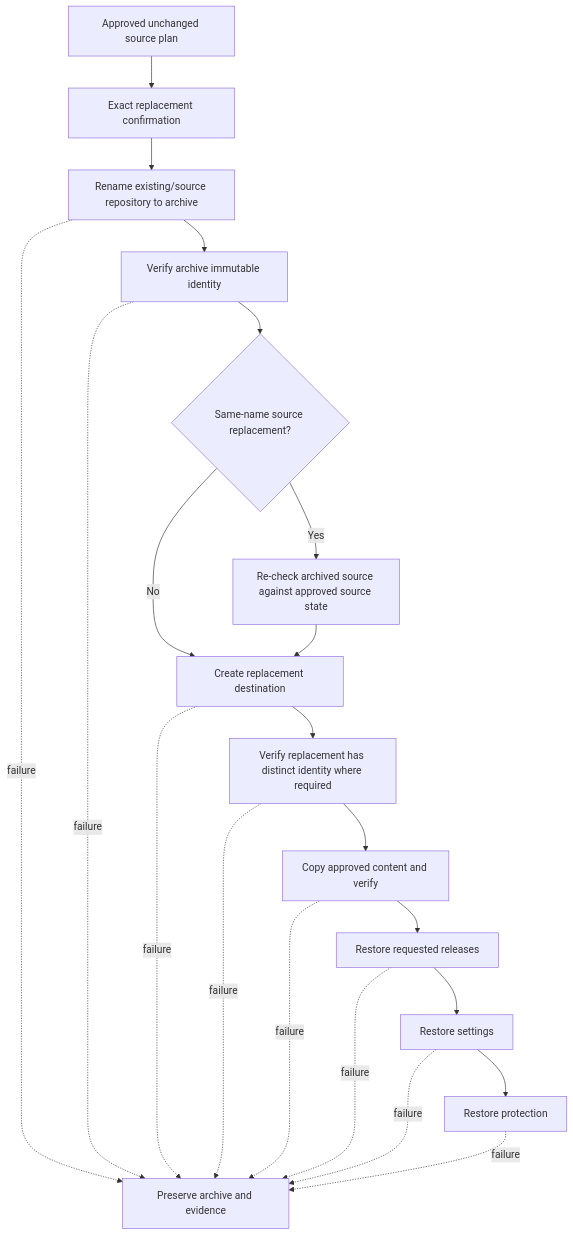
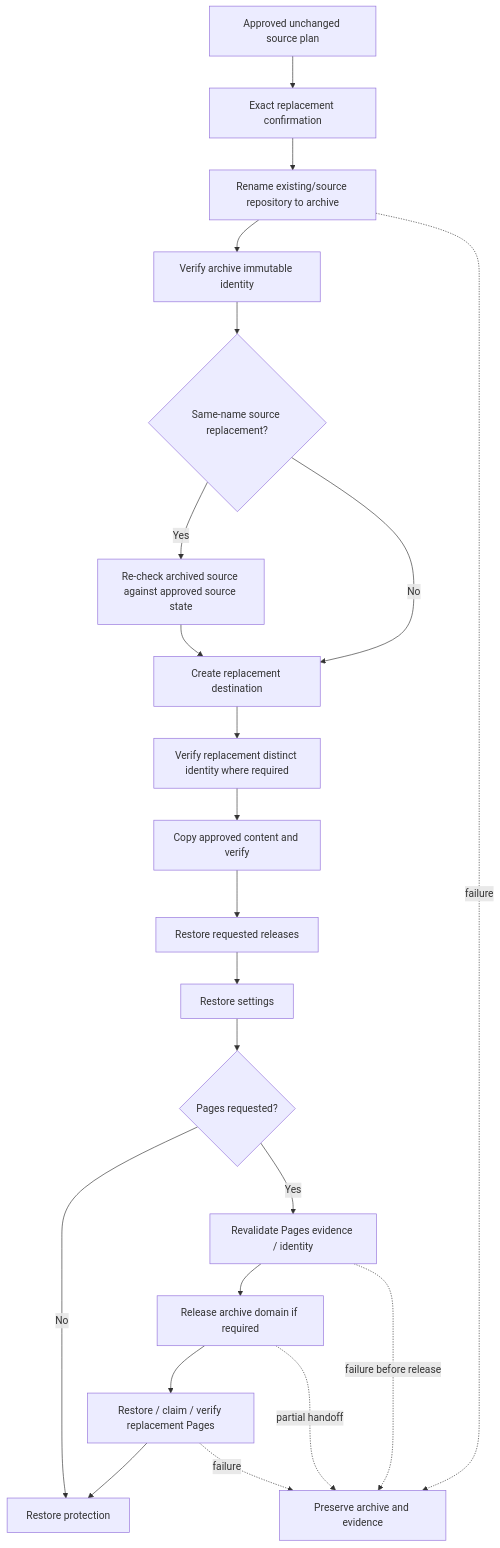
One commit to infoconex/copy-github-repo changed the third of 3 diagrams in docs/product/architecture.md. Above: the diagram before and after it, drawn with Mermaid. The commit also changed other lines of this file and 61 other files, not shown here.

First line of the commit message:
release: integrate 0.4.0 GitHub Pages migration (#128)

````diff
--- a/docs/product/architecture.md
+++ b/docs/product/architecture.md
@@ -179,24 +218,25 @@
 ```mermaid
 flowchart TD
     A[Approved unchanged source plan] --> B[Exact replacement confirmation]
     B --> C[Rename existing/source repository to archive]
     C --> D[Verify archive immutable identity]
     D --> E{Same-name source replacement?}
     E -- Yes --> F[Re-check archived source against approved source state]
     E -- No --> G[Create replacement destination]
     F --> G
-    G --> H[Verify replacement has distinct identity where required]
+    G --> H[Verify replacement distinct identity where required]
     H --> I[Copy approved content and verify]
     I --> J[Restore requested releases]
     J --> K[Restore settings]
-    K --> L[Restore protection]
+    K --> P{Pages requested?}
+    P -- No --> L[Restore protection]
+    P -- Yes --> M[Revalidate Pages evidence / identity]
+    M --> N[Release archive domain if required]
+    N --> O[Restore / claim / verify replacement Pages]
+    O --> L
 
     C -. failure .-> R[Preserve archive and evidence]
-    D -. failure .-> R
-    G -. failure .-> R
-    H -. failure .-> R
-    I -. failure .-> R
-    J -. failure .-> R
-    K -. failure .-> R
-    L -. failure .-> R
+    M -. failure before release .-> R
+    N -. partial handoff .-> R
+    O -. failure .-> R
 ```
````
